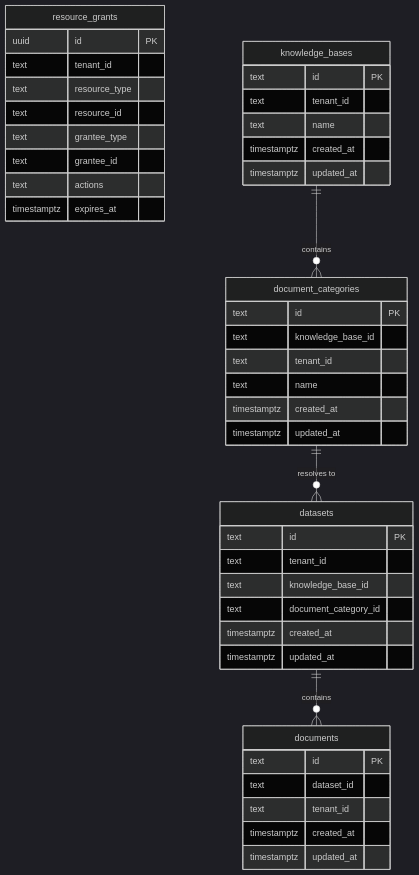
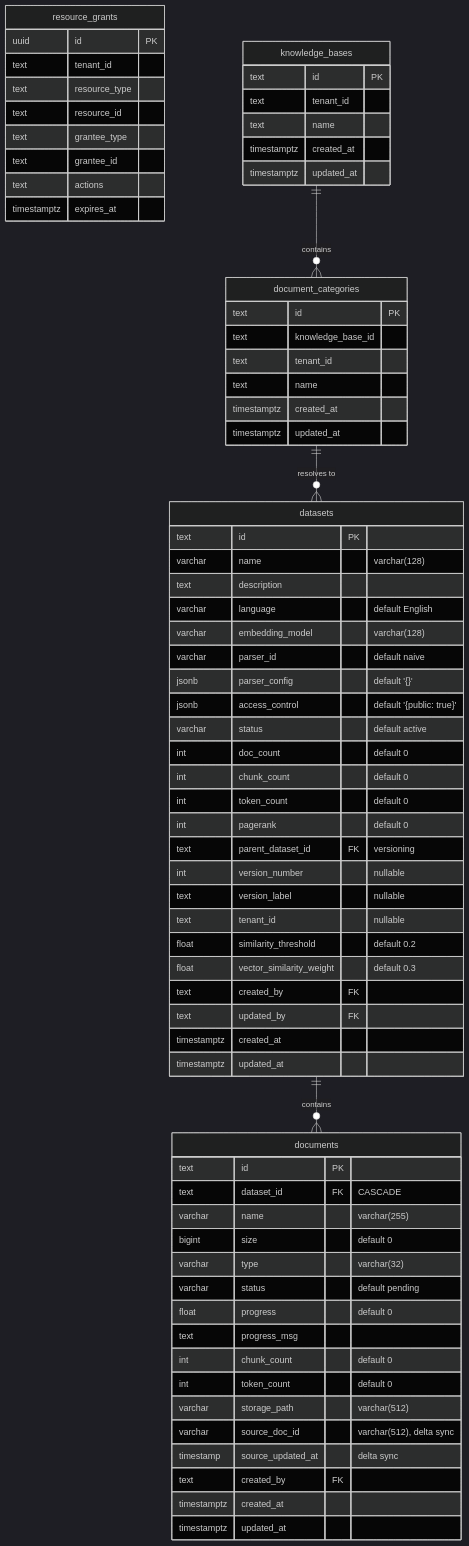
Before and after one commit to b-knowledge-solution/b-knowledge: the first of 2 diagrams in docs/basic-design/database/database-design-rag.md, drawn with Mermaid (dark theme). The commit also changed other lines of this file and 29 other files, not shown here.

First line of the commit message:
feat(search): add initial name and description props for new search app creation

````diff
--- a/docs/basic-design/database/database-design-rag.md
+++ b/docs/basic-design/database/database-design-rag.md
@@ -20,51 +21,79 @@
 ```mermaid
 erDiagram
     resource_grants {
         uuid id PK
         text tenant_id
         text resource_type
         text resource_id
         text grantee_type
         text grantee_id
         text actions
         timestamptz expires_at
     }
 
     knowledge_bases {
         text id PK
         text tenant_id
         text name
         timestamptz created_at
         timestamptz updated_at
     }
 
     document_categories {
         text id PK
         text knowledge_base_id
         text tenant_id
         text name
         timestamptz created_at
         timestamptz updated_at
     }
 
     datasets {
         text id PK
-        text tenant_id
-        text knowledge_base_id
-        text document_category_id
+        varchar name "varchar(128)"
+        text description
+        varchar language "default English"
+        varchar embedding_model "varchar(128)"
+        varchar parser_id "default naive"
+        jsonb parser_config "default '{}'"
+        jsonb access_control "default '{public: true}'"
+        varchar status "default active"
+        int doc_count "default 0"
+        int chunk_count "default 0"
+        int token_count "default 0"
+        int pagerank "default 0"
+        text parent_dataset_id FK "versioning"
+        int version_number "nullable"
+        text version_label "nullable"
+        text tenant_id "nullable"
+        float similarity_threshold "default 0.2"
+        float vector_similarity_weight "default 0.3"
+        text created_by FK
+        text updated_by FK
         timestamptz created_at
         timestamptz updated_at
     }
 
     documents {
         text id PK
-        text dataset_id
-        text tenant_id
+        text dataset_id FK "CASCADE"
+        varchar name "varchar(255)"
+        bigint size "default 0"
+        varchar type "varchar(32)"
+        varchar status "default pending"
+        float progress "default 0"
+        text progress_msg
+        int chunk_count "default 0"
+        int token_count "default 0"
+        varchar storage_path "varchar(512)"
+        varchar source_doc_id "varchar(512), delta sync"
+        timestamp source_updated_at "delta sync"
+        text created_by FK
         timestamptz created_at
         timestamptz updated_at
     }
 
     knowledge_bases ||--o{ document_categories : "contains"
     document_categories ||--o{ datasets : "resolves to"
     datasets ||--o{ documents : "contains"
 ```
````
